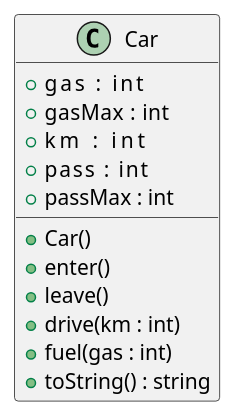
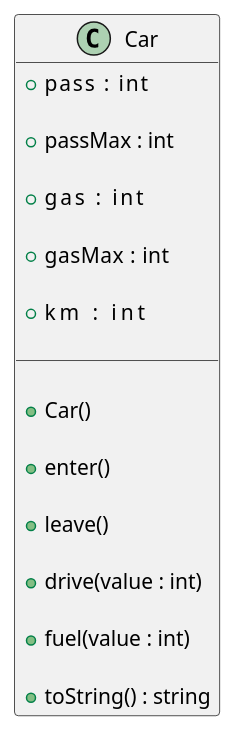
Before and after one commit to qxcodepoo/arcade: the diagram in base/002/.cache/Readme.md, drawn with PlantUML. The commit also changed other lines of this file and 22 other files, not shown here.

````diff
--- a/base/002/.cache/Readme.md
+++ b/base/002/.cache/Readme.md
@@ -45,31 +49,49 @@
 ```plantuml
 class Car {
+  ' quantidade de passageiros no carro
+  + pass    : int
+
+  ' máximo de passageiros que o carro suporta
+  + passMax : int
+
+  ' gasolina atual do carro
   + gas     : int
+
+  ' máximo de gasolina que o carro suporta
   + gasMax  : int
+
+  ' quilometragem atual do carro
   + km      : int
-  + pass    : int
-  + passMax : int
+
   __
-  '
+  
+  ' inicializar todos os atributos
   ' inicializar com tanque vazio
   ' 0 passageiros
   ' 0 de quilometragem
+  ' máximo de 2 pessoas
+  ' máximo de 100 litros de gasolina
   + Car()
-  '
-  ' só embarca se o carro não estiver lotado
-  ' embarca uma pessoa por vez
+
+  ' embarca uma pessoa no carro
+  ' verifique se o carro não estiver lotado
   + enter()
-  '
-  ' só desembar se houver alguém no carro
+  
   ' desembarca uma pessoa por vez
+  ' verifique se tem alguém no carro
   + leave()
-  '
-  ' só pode dirigir se houver algém no carro e algum combustível
-  ' o carro faz 1km por litro
-  + drive(km : int)
-  '
-  ' caso tente abastecer acima do limite, o valor em excesso deve ser descartado
-  + fuel(gas : int)
+  
+  ' percorre value quilometros com o carro
+  ' gasta um litro de gas para cada km de distancia
+  ' verifique se tem alguém no carro
+  ' verifique se tem gasolina suficiente
+  + drive(value : int)
+  
+  ' incrementa gasolina no tanque de value
+  ' caso tente abastecer acima do limite de gasMax
+  '   o valor em excesso deve ser descartado
+  + fuel(value : int)
+
   + toString() : string
 }
 ```
````
